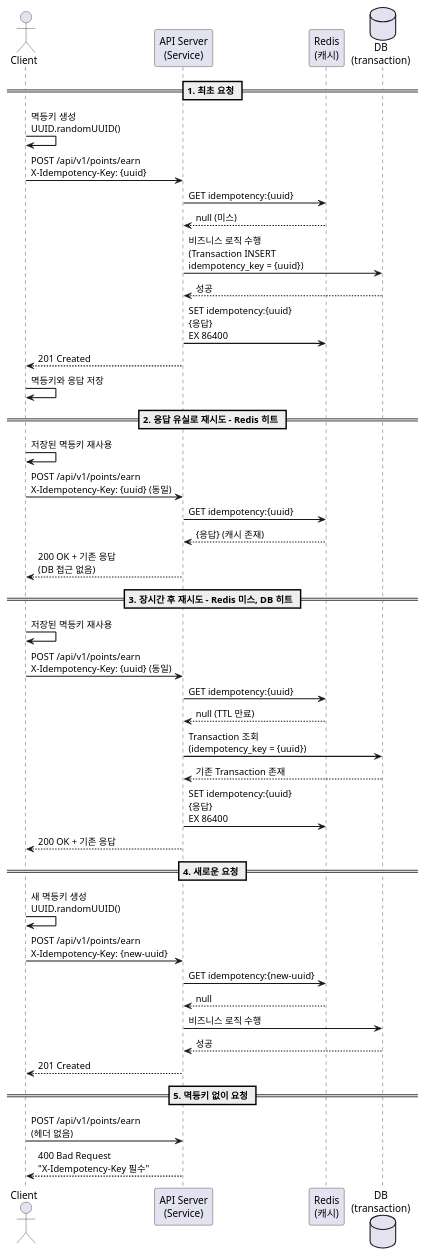
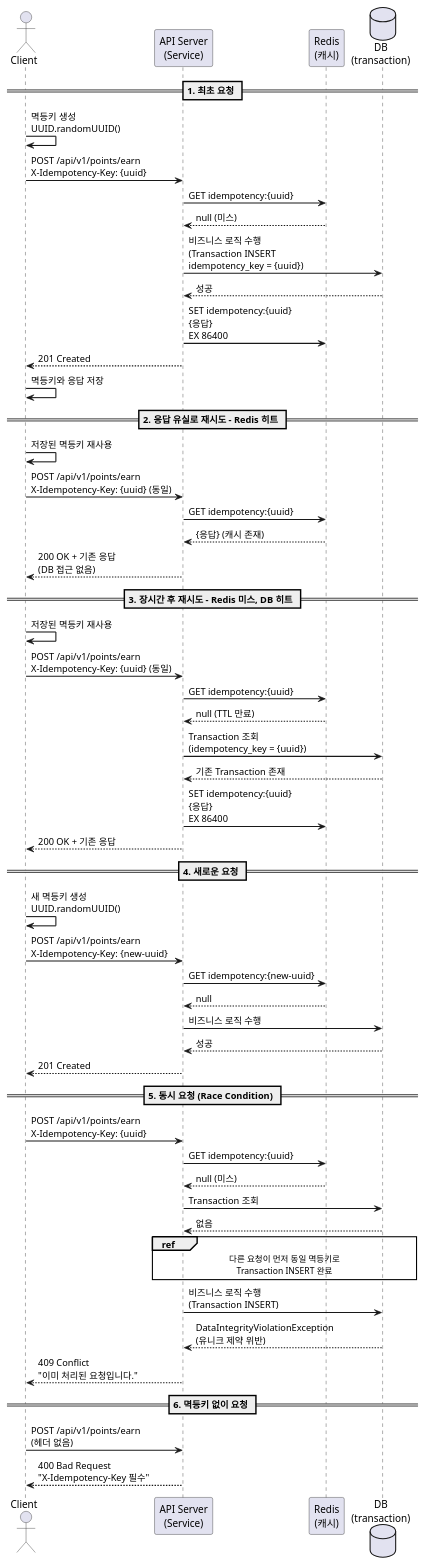
Before and after one commit to zepetto7065/example-point-api: the diagram in docs/resources/idempotency-sequence.puml, drawn with PlantUML. The commit also changed 1 other file, not shown here.

Commit message:
main docs: 멱등성 시퀀스 다이어그램에 동시 요청 시나리오 추가
* Race condition 발생 시 409 Conflict 응답 흐름 추가
* 기존 5번(멱등키 없이 요청)을 6번으로 변경
* PNG 이미지 재생성

```diff
--- a/docs/resources/idempotency-sequence.puml
+++ b/docs/resources/idempotency-sequence.puml
@@ -1,58 +1,75 @@
 @startuml Idempotency Key Sequence
 
 skinparam shadowing false
 skinparam defaultFontName "D2Coding"
 skinparam sequenceArrowThickness 1.5
 
 actor Client
 participant "API Server\n(Service)" as Service
 participant "Redis\n(캐시)" as Redis
 database "DB\n(transaction)" as DB
 
 == 1. 최초 요청 ==
 
 Client -> Client : 멱등키 생성\nUUID.randomUUID()
 Client -> Service : POST /api/v1/points/earn\nX-Idempotency-Key: {uuid}
 Service -> Redis : GET idempotency:{uuid}
 Redis --> Service : null (미스)
 Service -> DB : 비즈니스 로직 수행\n(Transaction INSERT\nidempotency_key = {uuid})
 DB --> Service : 성공
 Service -> Redis : SET idempotency:{uuid}\n{응답}\nEX 86400
 Service --> Client : 201 Created
 Client -> Client : 멱등키와 응답 저장
 
 == 2. 응답 유실로 재시도 - Redis 히트 ==
 
 Client -> Client : 저장된 멱등키 재사용
 Client -> Service : POST /api/v1/points/earn\nX-Idempotency-Key: {uuid} (동일)
 Service -> Redis : GET idempotency:{uuid}
 Redis --> Service : {응답} (캐시 존재)
 Service --> Client : 200 OK + 기존 응답\n(DB 접근 없음)
 
 == 3. 장시간 후 재시도 - Redis 미스, DB 히트 ==
 
 Client -> Client : 저장된 멱등키 재사용
 Client -> Service : POST /api/v1/points/earn\nX-Idempotency-Key: {uuid} (동일)
 Service -> Redis : GET idempotency:{uuid}
 Redis --> Service : null (TTL 만료)
 Service -> DB : Transaction 조회\n(idempotency_key = {uuid})
 DB --> Service : 기존 Transaction 존재
 Service -> Redis : SET idempotency:{uuid}\n{응답}\nEX 86400
 Service --> Client : 200 OK + 기존 응답
 
 == 4. 새로운 요청 ==
 
 Client -> Client : 새 멱등키 생성\nUUID.randomUUID()
 Client -> Service : POST /api/v1/points/earn\nX-Idempotency-Key: {new-uuid}
 Service -> Redis : GET idempotency:{new-uuid}
 Redis --> Service : null
 Service -> DB : 비즈니스 로직 수행
 DB --> Service : 성공
 Service --> Client : 201 Created
 
-== 5. 멱등키 없이 요청 ==
+== 5. 동시 요청 (Race Condition) ==
+
+Client -> Service : POST /api/v1/points/earn\nX-Idempotency-Key: {uuid}
+Service -> Redis : GET idempotency:{uuid}
+Redis --> Service : null (미스)
+Service -> DB : Transaction 조회
+DB --> Service : 없음
+
+ref over Service, DB
+    다른 요청이 먼저 동일 멱등키로
+    Transaction INSERT 완료
+end ref
+
+Service -> DB : 비즈니스 로직 수행\n(Transaction INSERT)
+DB --> Service : DataIntegrityViolationException\n(유니크 제약 위반)
+Service --> Client : 409 Conflict\n"이미 처리된 요청입니다."
+
+== 6. 멱등키 없이 요청 ==
 
 Client -> Service : POST /api/v1/points/earn\n(헤더 없음)
 Service --> Client : 400 Bad Request\n"X-Idempotency-Key 필수"
 
 @enduml
```
